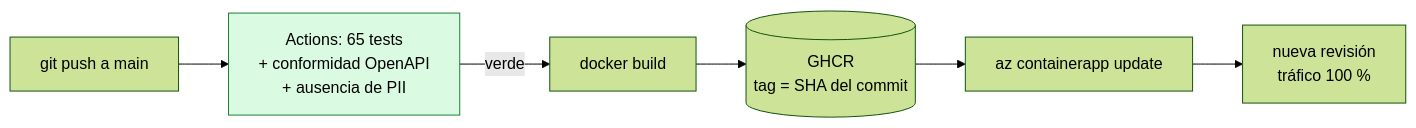
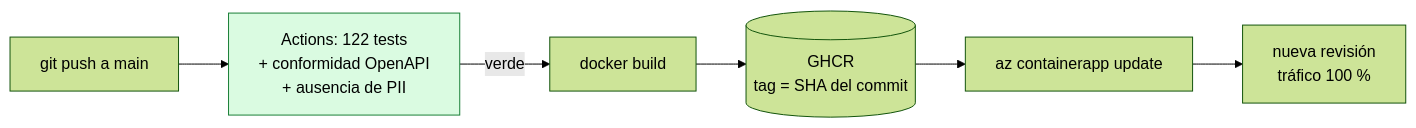
One commit to alejandrorau04/banorte-cv-agent changed the sixth of 6 diagrams in docs/ARQUITECTURA.md. Above: the diagram before and after it, drawn with Mermaid (forest theme). The commit also changed other lines of this file and 17 other files, not shown here.

````diff
--- a/docs/ARQUITECTURA.md
+++ b/docs/ARQUITECTURA.md
@@ -213,10 +213,10 @@
 ```mermaid
 flowchart LR
-    D["git push a main"] --> T["Actions: 65 tests<br/>+ conformidad OpenAPI<br/>+ ausencia de PII"]
+    D["git push a main"] --> T["Actions: 122 tests<br/>+ conformidad OpenAPI<br/>+ ausencia de PII"]
     T -->|"verde"| B["docker build"]
     B --> G[("GHCR<br/>tag = SHA del commit")]
     G --> A["az containerapp update"]
     A --> R["nueva revisión<br/>tráfico 100 %"]
 
     style T fill:#dafbe1,stroke:#1a7f37
 ```
````
